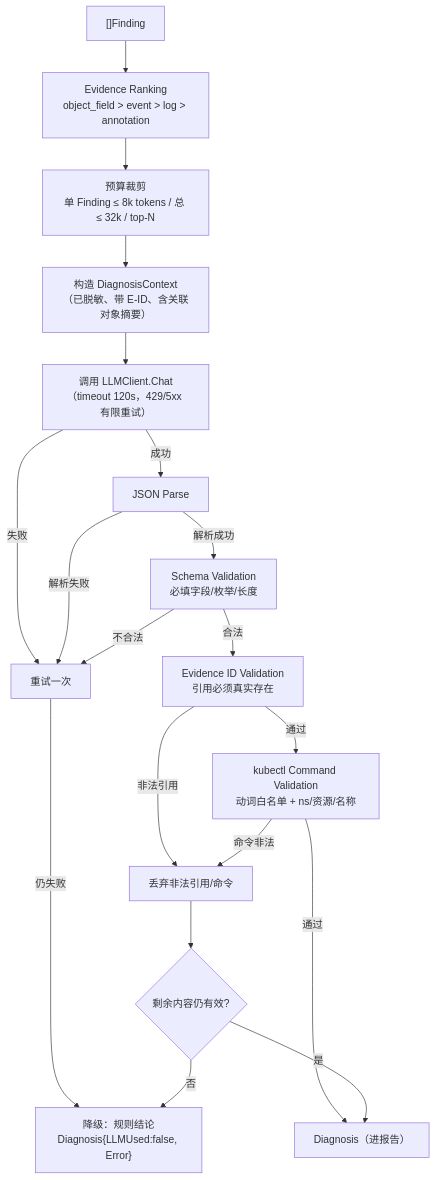
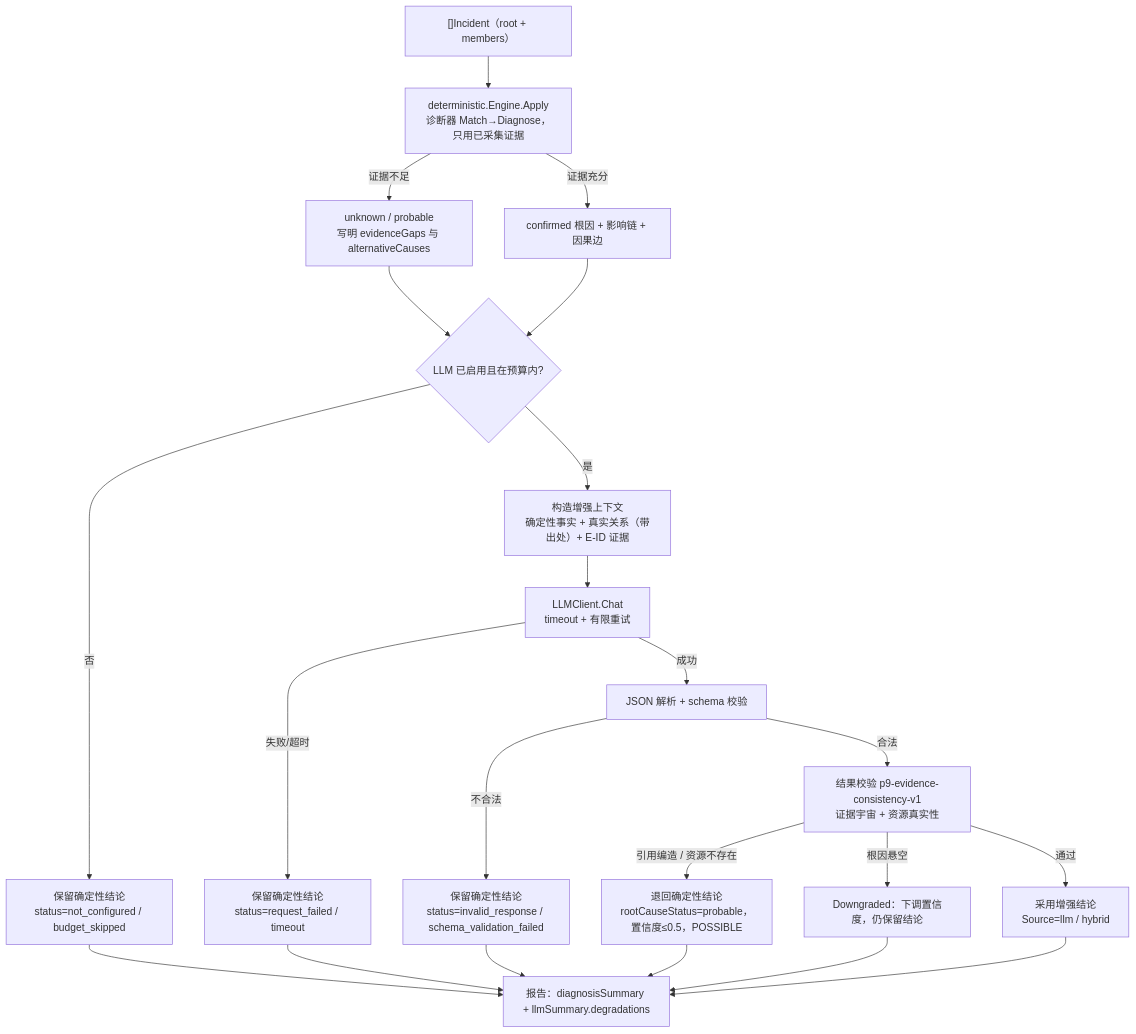
The fourth of 4 diagrams in docs/02-架构与设计/07-采集与扫描流程.md (markguo123/k8s-ai), drawn with Mermaid before and after one commit. The commit also changed other lines of this file and 10 other files, not shown here.

````diff
--- a/docs/02-架构与设计/07-采集与扫描流程.md
+++ b/docs/02-架构与设计/07-采集与扫描流程.md
@@ -141,21 +208,24 @@
 ```mermaid
 flowchart TD
-    A["[]Finding"] --> B["Evidence Ranking<br/>object_field > event > log > annotation"]
-    B --> C["预算裁剪<br/>单 Finding ≤ 8k tokens / 总 ≤ 32k / top-N"]
-    C --> D["构造 DiagnosisContext<br/>（已脱敏、带 E-ID、含关联对象摘要）"]
-    D --> E["调用 LLMClient.Chat<br/>（timeout 120s，429/5xx 有限重试）"]
-    E -->|"失败"| F["重试一次"]
-    F -->|"仍失败"| G["降级：规则结论<br/>Diagnosis{LLMUsed:false, Error}"]
-    E -->|"成功"| H["JSON Parse"]
-    H -->|"解析失败"| F
-    H -->|"解析成功"| I["Schema Validation<br/>必填字段/枚举/长度"]
-    I -->|"不合法"| F
-    I -->|"合法"| J["Evidence ID Validation<br/>引用必须真实存在"]
-    J -->|"非法引用"| K["丢弃非法引用/命令"]
-    J -->|"通过"| L["kubectl Command Validation<br/>动词白名单 + ns/资源/名称"]
-    L -->|"命令非法"| K
-    L -->|"通过"| M["Diagnosis（进报告）"]
-    K --> N{"剩余内容仍有效?"}
-    N -- 是 --> M
-    N -- 否 --> G
+    A["[]Incident（root + members）"] --> B["deterministic.Engine.Apply<br/>诊断器 Match→Diagnose，只用已采集证据"]
+    B -->|"证据不足"| C["unknown / probable<br/>写明 evidenceGaps 与 alternativeCauses"]
+    B -->|"证据充分"| D["confirmed 根因 + 影响链 + 因果边"]
+    C --> E{"LLM 已启用且在预算内?"}
+    D --> E
+    E -->|"否"| F["保留确定性结论<br/>status=not_configured / budget_skipped"]
+    E -->|"是"| G["构造增强上下文<br/>确定性事实 + 真实关系（带出处）+ E-ID 证据"]
+    G --> H["LLMClient.Chat<br/>timeout + 有限重试"]
+    H -->|"失败/超时"| I["保留确定性结论<br/>status=request_failed / timeout"]
+    H -->|"成功"| J["JSON 解析 + schema 校验"]
+    J -->|"不合法"| K["保留确定性结论<br/>status=invalid_response / schema_validation_failed"]
+    J -->|"合法"| L["结果校验 p9-evidence-consistency-v1<br/>证据宇宙 + 资源真实性"]
+    L -->|"引用编造 / 资源不存在"| M["退回确定性结论<br/>rootCauseStatus=probable，置信度≤0.5，POSSIBLE"]
+    L -->|"根因悬空"| N["Downgraded：下调置信度，仍保留结论"]
+    L -->|"通过"| O["采用增强结论<br/>Source=llm / hybrid"]
+    F --> P["报告：diagnosisSummary + llmSummary.degradations"]
+    I --> P
+    K --> P
+    M --> P
+    N --> P
+    O --> P
 ```
````
